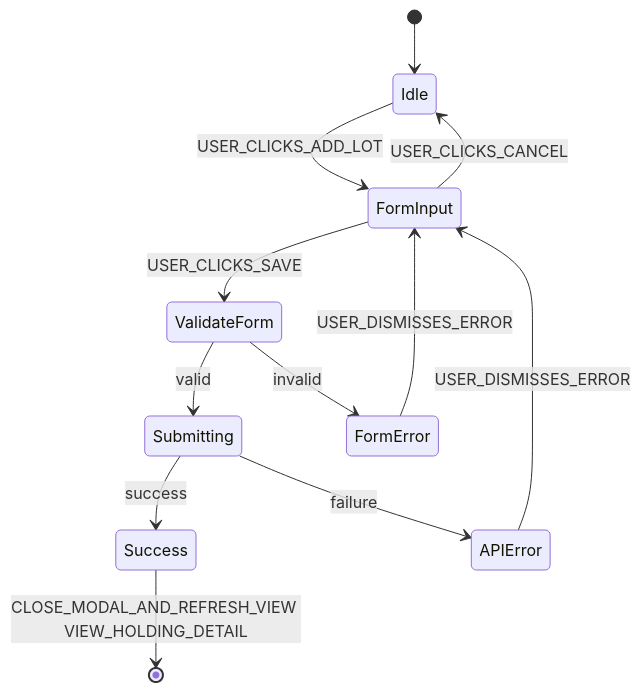
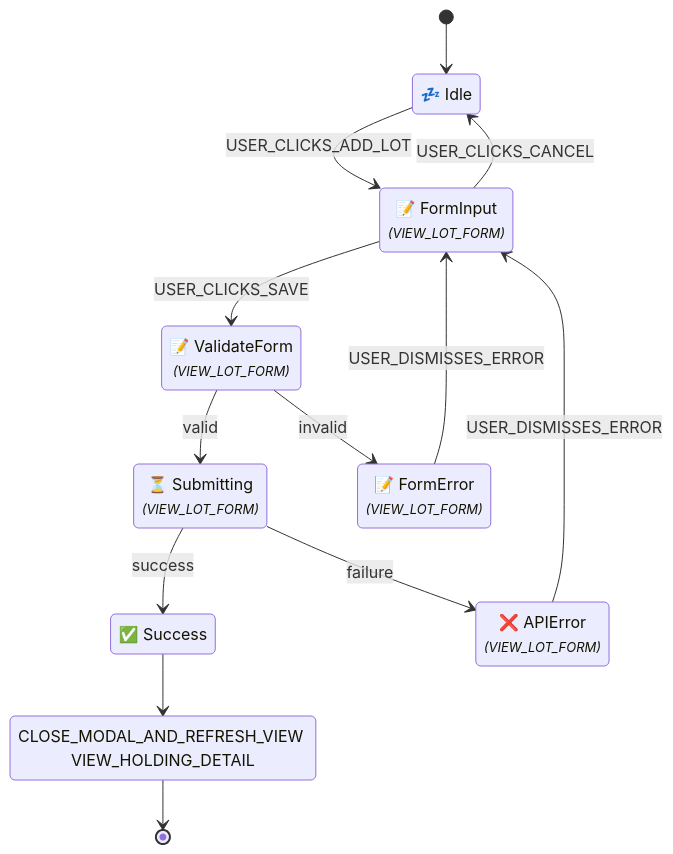
Before and after one commit to enzhao/Sentinel: diagram 18 of 21 in docs/ui_flow_diagrams.md, drawn with Mermaid. The commit also changed other lines of this file and 6 other files, not shown here.

````diff
--- a/docs/ui_flow_diagrams.md
+++ b/docs/ui_flow_diagrams.md
@@ -271,15 +520,23 @@
 ```mermaid
 stateDiagram-v2
-    state "Idle" as Idle
     [*] --> Idle
+    state "💤 Idle" as Idle
     Idle --> FormInput : USER_CLICKS_ADD_LOT
+    state "📝 FormInput<br/><font size="2"><i>(VIEW_LOT_FORM)</i></font>" as FormInput
     FormInput --> ValidateForm : USER_CLICKS_SAVE
     FormInput --> Idle : USER_CLICKS_CANCEL
+    state "📝 ValidateForm<br/><font size="2"><i>(VIEW_LOT_FORM)</i></font>" as ValidateForm
     ValidateForm --> Submitting : valid
     ValidateForm --> FormError : invalid
+    state "⏳ Submitting<br/><font size="2"><i>(VIEW_LOT_FORM)</i></font>" as Submitting
     Submitting --> Success : success
     Submitting --> APIError : failure
-    Success --> [*] : CLOSE_MODAL_AND_REFRESH_VIEW VIEW_HOLDING_DETAIL
+    state "✅ Success" as Success
+    state "CLOSE_MODAL_AND_REFRESH_VIEW VIEW_HOLDING_DETAIL" as Success_exit_action
+    Success --> Success_exit_action
+    Success_exit_action --> [*]
+    state "📝 FormError<br/><font size="2"><i>(VIEW_LOT_FORM)</i></font>" as FormError
     FormError --> FormInput : USER_DISMISSES_ERROR
+    state "❌ APIError<br/><font size="2"><i>(VIEW_LOT_FORM)</i></font>" as APIError
     APIError --> FormInput : USER_DISMISSES_ERROR
 ```
````
